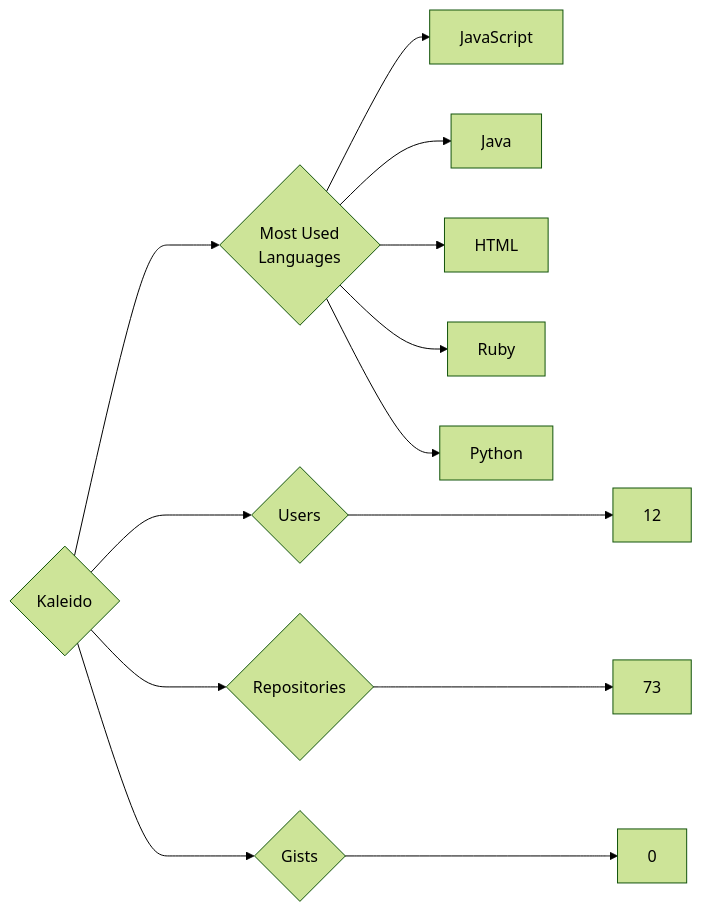
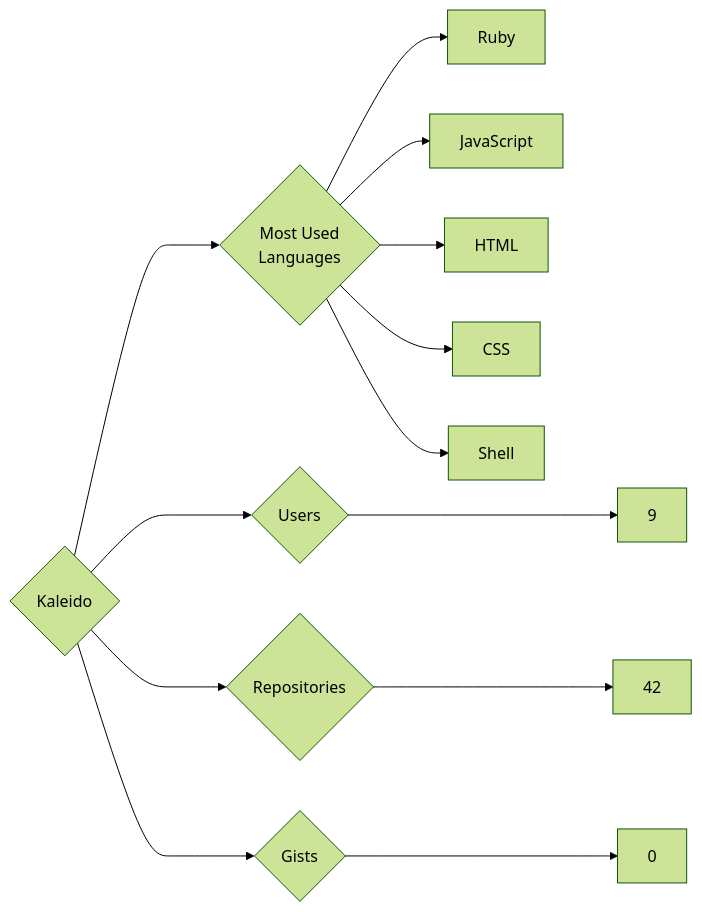
The diagram in targets/Kaleido/README.md (trickest/insiders), drawn with Mermaid (forest theme) before and after one commit. The commit also changed 1195 other files, not shown here.

````diff
--- a/targets/Kaleido/README.md
+++ b/targets/Kaleido/README.md
@@ -3,13 +3,13 @@
 ```mermaid
 graph LR
 COMPANY_NAME{Kaleido}
-COMPANY_NAME ---> U{Users} ---> UN[12]
-COMPANY_NAME ---> R{Repositories} ---> RN[73]
+COMPANY_NAME ---> U{Users} ---> UN[9]
+COMPANY_NAME ---> R{Repositories} ---> RN[42]
 COMPANY_NAME ---> G{Gists} ---> GN[0]
 COMPANY_NAME ---> ML{Most Used<br>Languages}
+ML --> Ruby[Ruby]
 ML --> JavaScript[JavaScript]
-ML --> Java[Java]
 ML --> HTML[HTML]
-ML --> Ruby[Ruby]
-ML --> Python[Python]
+ML --> CSS[CSS]
+ML --> Shell[Shell]
 ```
````
